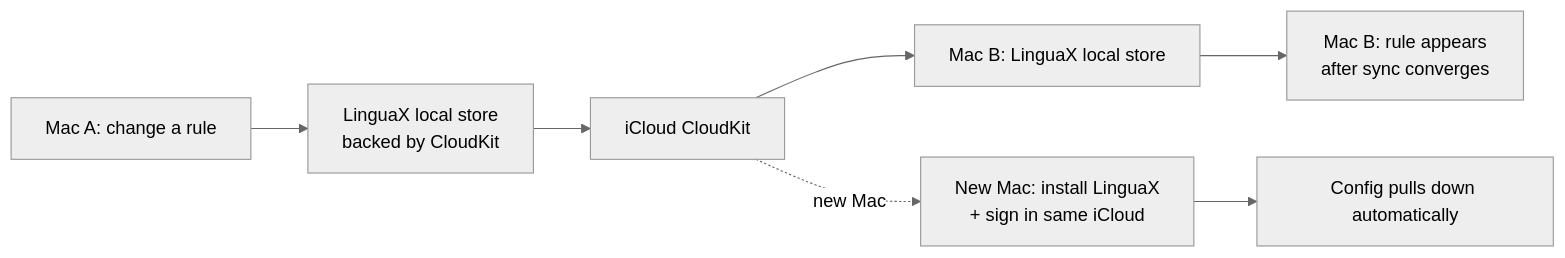
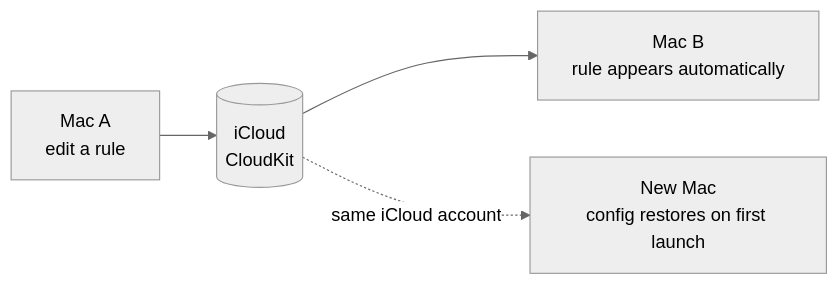
Before and after one commit to xiaopozhu/linguax-web: the diagram in docs/reference/backup-and-restore.md, drawn with Mermaid (neutral theme). The commit also changed 18 other files, not shown here.

First line of the commit message:
docs(polish): fix cramped LR diagrams, redesign model SVGs, full recognition table, navbar links

````diff
--- a/docs/reference/backup-and-restore.md
+++ b/docs/reference/backup-and-restore.md
@@ -19,9 +19,6 @@
 ```mermaid
 flowchart LR
-    M1[Mac A: change a rule] --> LX1[LinguaX local store<br/>backed by CloudKit]
-    LX1 --> IC[iCloud CloudKit]
-    IC --> LX2[Mac B: LinguaX local store]
-    LX2 --> M2[Mac B: rule appears<br/>after sync converges]
-    IC -.new Mac.-> N[New Mac: install LinguaX<br/>+ sign in same iCloud]
-    N --> LX3[Config pulls down automatically]
+    A[Mac A<br/>edit a rule] --> IC[(iCloud<br/>CloudKit)]
+    IC --> B[Mac B<br/>rule appears automatically]
+    IC -. same iCloud account .-> N[New Mac<br/>config restores on first launch]
 ```
````
